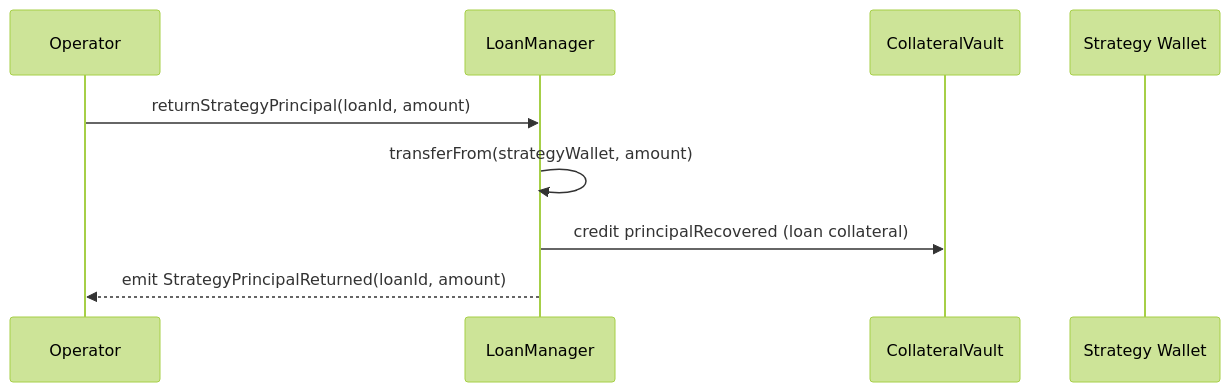
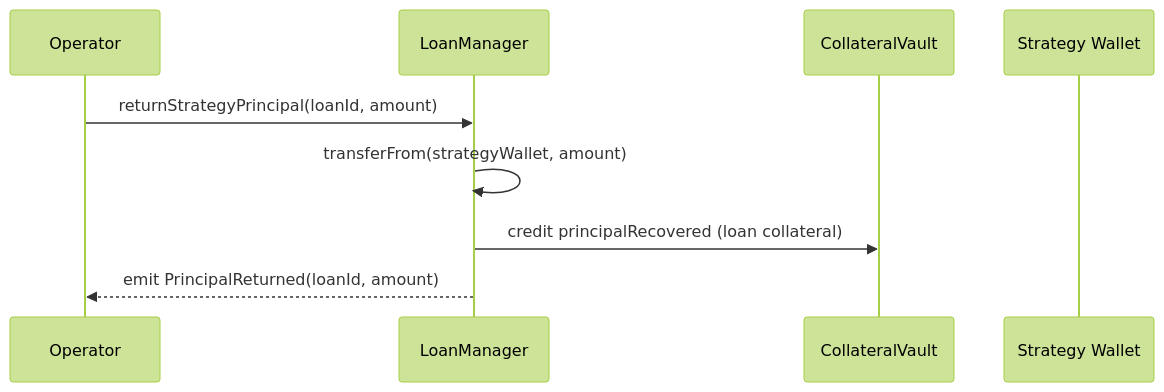
The eighth of 10 diagrams in docs/functional-design.md (yukikm/bnpl-yield-discount), drawn with Mermaid (forest theme) before and after one commit. The commit also changed other lines of this file and 149 other files, not shown here.

First line of the commit message:
feat: initialize pnpm workspace and add Prisma schema with migrations

````diff
--- a/docs/functional-design.md
+++ b/docs/functional-design.md
@@ -455,12 +450,12 @@
 ```mermaid
 sequenceDiagram
   participant Op as Operator
   participant Loan as LoanManager
   participant CV as CollateralVault
   participant Strat as Strategy Wallet
 
-  Op->>Loan: returnStrategyPrincipal(loanId, amount)
-  Loan->>Loan: transferFrom(strategyWallet, amount)
-  Loan->>CV: credit principalRecovered (loan collateral)
-  Loan-->>Op: emit StrategyPrincipalReturned(loanId, amount)
+	  Op->>Loan: returnStrategyPrincipal(loanId, amount)
+	  Loan->>Loan: transferFrom(strategyWallet, amount)
+	  Loan->>CV: credit principalRecovered (loan collateral)
+	  Loan-->>Op: emit PrincipalReturned(loanId, amount)
 ```
````
